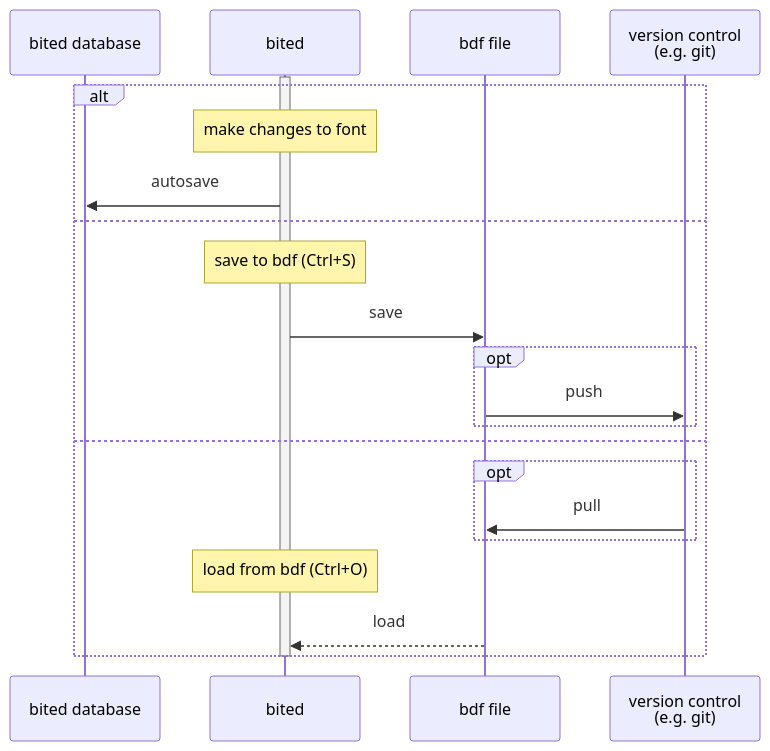
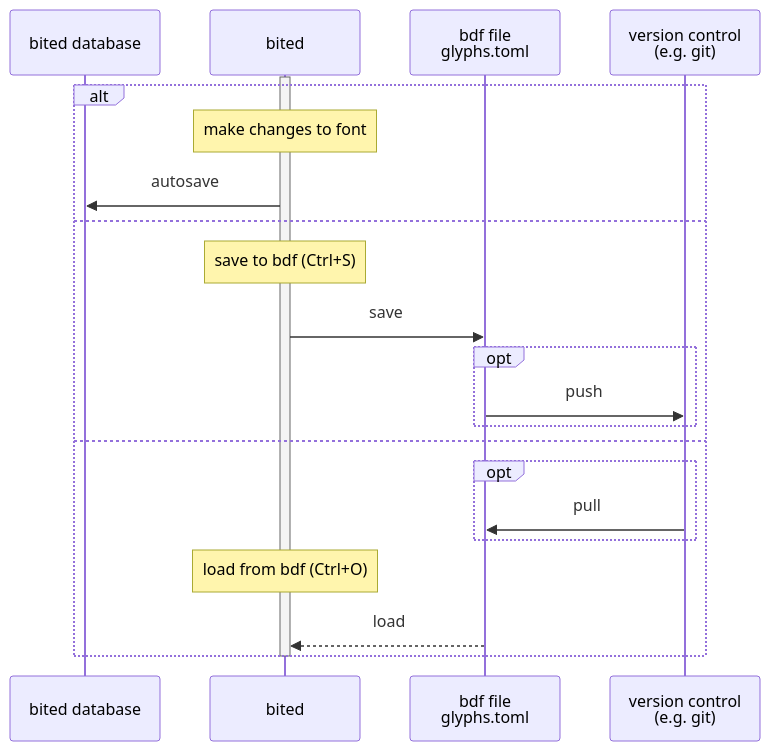
One commit to molarmanful/bited changed the diagram in docs/manual/save.md. Above: the diagram before and after it, drawn with Mermaid. The commit also changed 2 other files, not shown here.

Commit message:
docs: glyphs.toml

````diff
--- a/docs/manual/save.md
+++ b/docs/manual/save.md
@@ -3,26 +3,26 @@
 ```mermaid
 sequenceDiagram
     participant D as bited database
     participant B as bited
-    participant F as bdf file
+    participant F as bdf file<br>glyphs.toml
     participant V as version control<br>(e.g. git)
 
     activate B
     alt
         note over B: make changes to font
         B->>D: autosave
     else
         note over B: save to bdf (Ctrl+S)
         B->>F: save
         opt
             F->>V: push
         end
     else
         opt
             V->>F: pull
         end
         note over B: load from bdf (Ctrl+O)
         F-->>B: load
     end
     deactivate B
 ```
````
